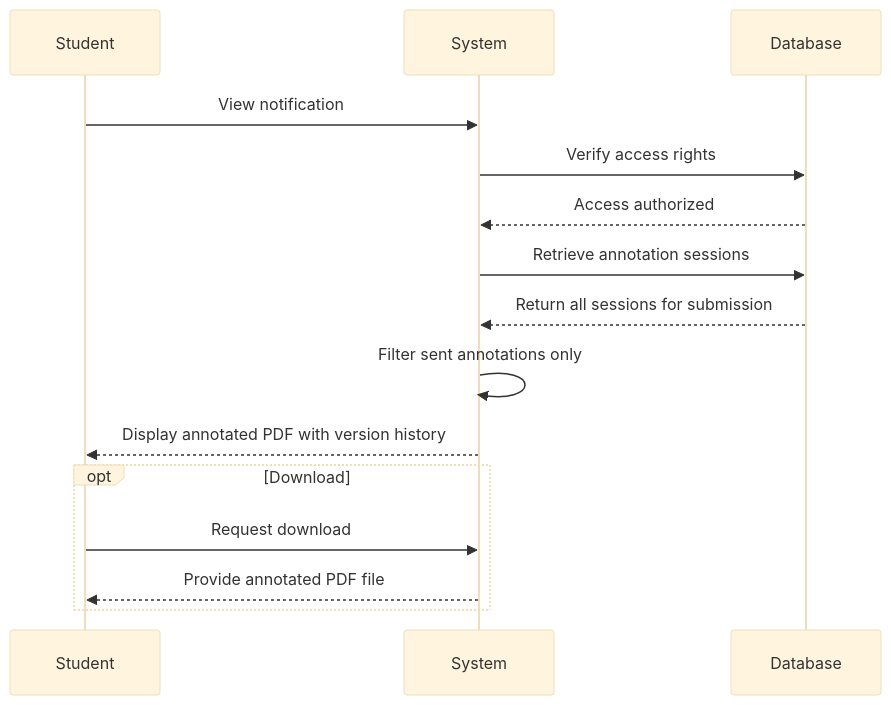
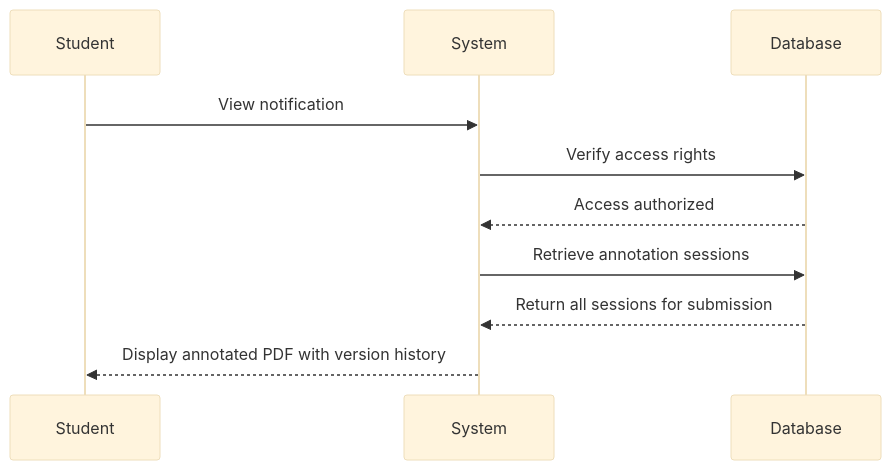
One commit to abdullah2323442/thesisrepo-backup changed the ninth of 41 diagrams in sequence-academic.md. Above: the diagram before and after it, drawn with Mermaid (base theme). The commit also changed other lines of this file, not shown here.

Commit message:
update sequence academic

````diff
--- a/sequence-academic.md
+++ b/sequence-academic.md
@@ -247,21 +247,15 @@
 ```mermaid
 sequenceDiagram
     participant Student
     participant System
     participant Database
 
     Student->>System: View notification
     System->>Database: Verify access rights
     Database-->>System: Access authorized
     
     System->>Database: Retrieve annotation sessions
     Database-->>System: Return all sessions for submission
     
-    System->>System: Filter sent annotations only
     System-->>Student: Display annotated PDF with version history
-    
-    opt Download
-        Student->>System: Request download
-        System-->>Student: Provide annotated PDF file
-    end
 ```
````
